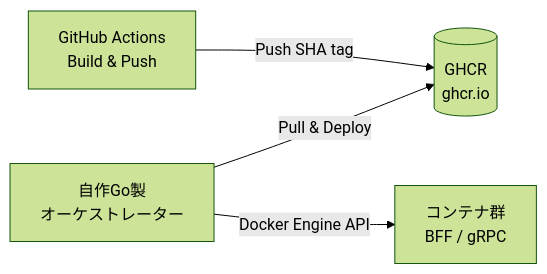
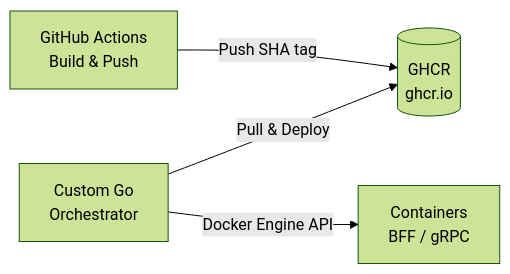
The diagram in docs/ARCHITECTURE.md (barn0w1/hss-science), drawn with Mermaid (forest theme) before and after one commit. The commit also changed other lines of this file and 3 other files, not shown here.

````diff
--- a/docs/ARCHITECTURE.md
+++ b/docs/ARCHITECTURE.md
@@ -51,7 +104,6 @@
 ```mermaid
 graph LR
     A[GitHub Actions <br/> Build & Push] -->|Push SHA tag| B[(GHCR <br/> ghcr.io)]
-    C[自作Go製 <br/> オーケストレーター] -->|Pull & Deploy| B
-    C -->|Docker Engine API| D[コンテナ群 <br/> BFF / gRPC]
-
+    C[Custom Go <br/> Orchestrator] -->|Pull & Deploy| B
+    C -->|Docker Engine API| D[Containers <br/> BFF / gRPC]
 ```
````
